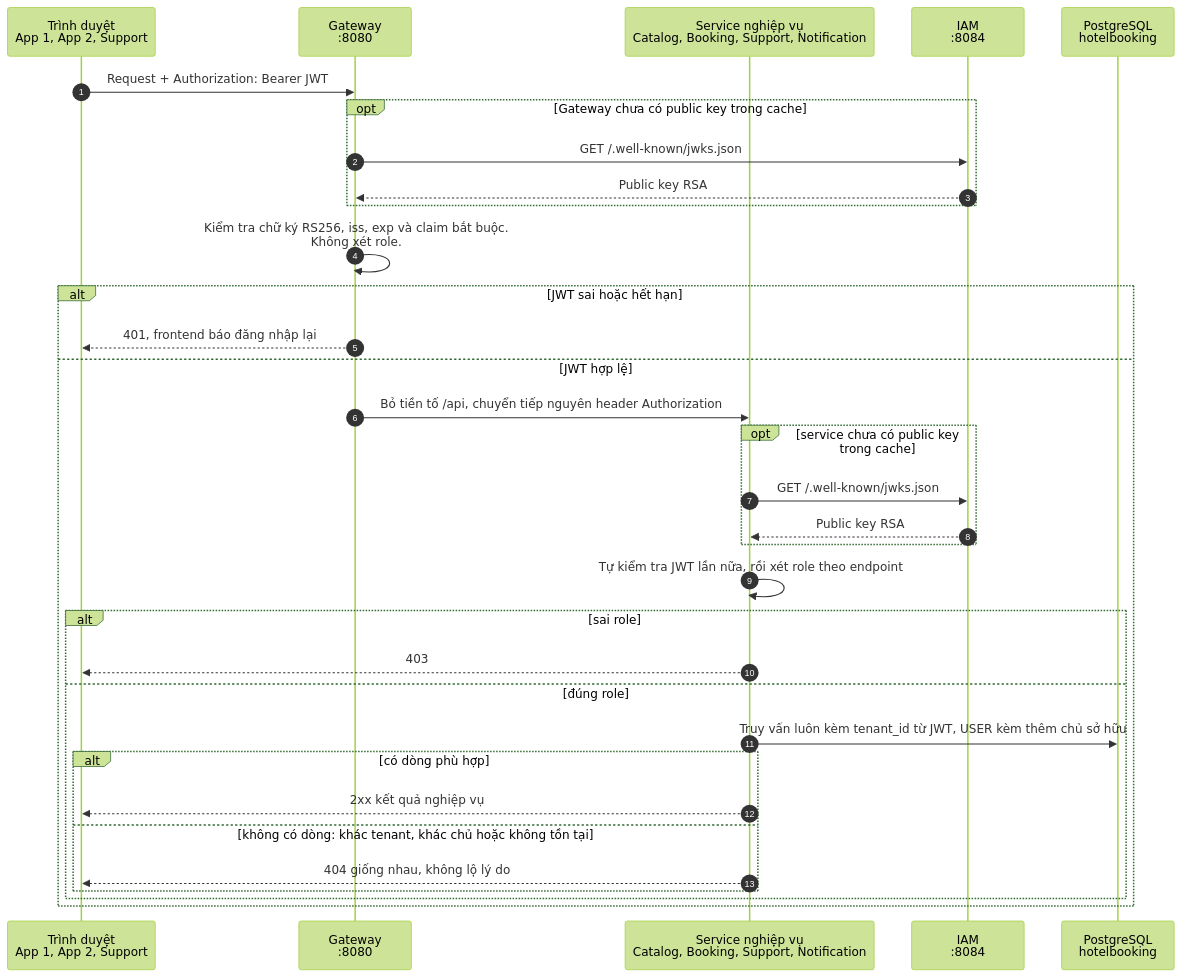
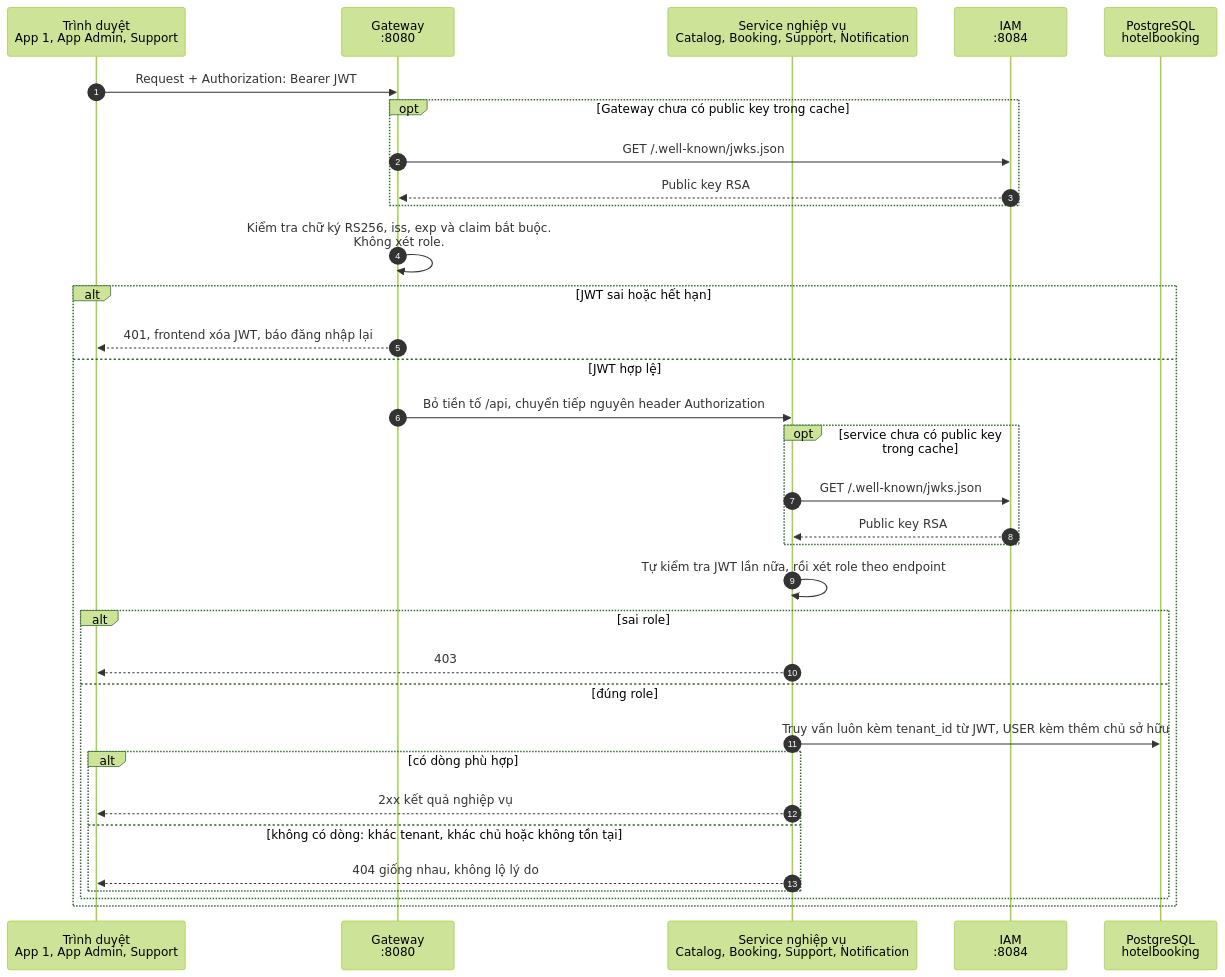
The fourth of 10 diagrams in backend/docs/stayhub-sequence-diagrams.md (oabga/HotelBookingSystem), drawn with Mermaid (forest theme) before and after one commit. The commit also changed other lines of this file and 21 other files, not shown here.

````diff
--- a/backend/docs/stayhub-sequence-diagrams.md
+++ b/backend/docs/stayhub-sequence-diagrams.md
@@ -123,35 +158,35 @@
 ```mermaid
 sequenceDiagram
     autonumber
-    participant F as Trình duyệt<br/>App 1, App 2, Support
+    participant F as Trình duyệt<br/>App 1, App Admin, Support
     participant W as Gateway<br/>:8080
     participant T as Service nghiệp vụ<br/>Catalog, Booking, Support, Notification
     participant I as IAM<br/>:8084
     participant D as PostgreSQL<br/>hotelbooking
     F->>W: Request + Authorization: Bearer JWT
     opt Gateway chưa có public key trong cache
         W->>I: GET /.well-known/jwks.json
         I-->>W: Public key RSA
     end
     W->>W: Kiểm tra chữ ký RS256, iss, exp và claim bắt buộc.<br/>Không xét role.
     alt JWT sai hoặc hết hạn
-        W-->>F: 401, frontend báo đăng nhập lại
+        W-->>F: 401, frontend xóa JWT, báo đăng nhập lại
     else JWT hợp lệ
         W->>T: Bỏ tiền tố /api, chuyển tiếp nguyên header Authorization
         opt service chưa có public key trong cache
             T->>I: GET /.well-known/jwks.json
             I-->>T: Public key RSA
         end
         T->>T: Tự kiểm tra JWT lần nữa, rồi xét role theo endpoint
         alt sai role
             T-->>F: 403
         else đúng role
             T->>D: Truy vấn luôn kèm tenant_id từ JWT, USER kèm thêm chủ sở hữu
             alt có dòng phù hợp
                 T-->>F: 2xx kết quả nghiệp vụ
             else không có dòng: khác tenant, khác chủ hoặc không tồn tại
                 T-->>F: 404 giống nhau, không lộ lý do
             end
         end
     end
 ```
````
